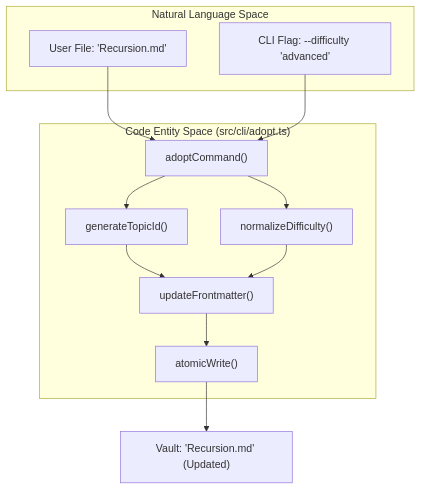
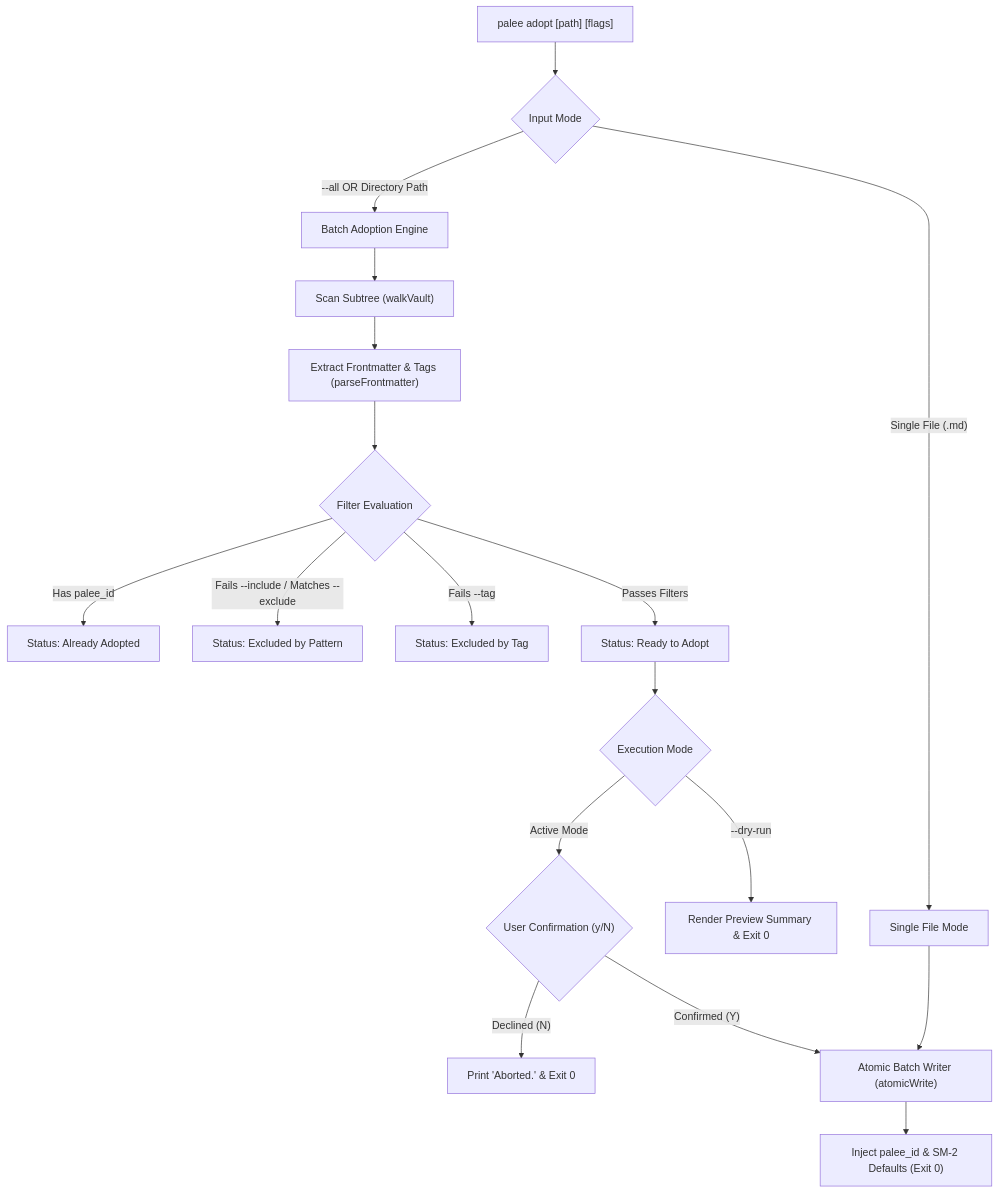
One commit to Kuldeep2822k/cli changed the first of 2 diagrams in docs/02-1-topic-management-commands.md. Above: the diagram before and after it, drawn with Mermaid. The commit also changed other lines of this file and 8 other files, not shown here.

First line of the commit message:
feat(adopt): support batch adoption across directories and whole vault (#50)

````diff
--- a/docs/02-1-topic-management-commands.md
+++ b/docs/02-1-topic-management-commands.md
@@ -35,23 +66,25 @@
 ```mermaid
 flowchart TD
-    H["Vault: 'Recursion.md' (Updated)"]
-    subgraph subGraph1 ["Code Entity Space (src/cli/adopt.ts)"]
-        C["adoptCommand()"]
-        D["generateTopicId()"]
-        E["normalizeDifficulty()"]
-        F["updateFrontmatter()"]
-        G["atomicWrite()"]
-    end
-    subgraph subGraph0 ["Natural Language Space"]
-        A["User File: 'Recursion.md'"]
-        B["CLI Flag: --difficulty 'advanced'"]
-    end
-    A --> C
-    B --> C
-    C --> D
-    C --> E
-    D --> F
-    E --> F
-    F --> G
-    G --> H
+    A["palee adopt [path] [flags]"] --> B{"Input Mode"}
+
+    B -->|"Single File (.md)"| C["Single File Mode"]
+    B -->|"--all OR Directory Path"| D["Batch Adoption Engine"]
+
+    D --> E["Scan Subtree (walkVault)"]
+    E --> F["Extract Frontmatter & Tags (parseFrontmatter)"]
+    
+    F --> G{"Filter Evaluation"}
+    G -->|"Has palee_id"| H["Status: Already Adopted"]
+    G -->|"Fails --include / Matches --exclude"| I["Status: Excluded by Pattern"]
+    G -->|"Fails --tag"| J["Status: Excluded by Tag"]
+    G -->|"Passes Filters"| K["Status: Ready to Adopt"]
+
+    K --> L{"Execution Mode"}
+    L -->|"--dry-run"| M["Render Preview Summary & Exit 0"]
+    L -->|"Active Mode"| N{"User Confirmation (y/N)"}
+    
+    N -->|"Declined (N)"| O["Print 'Aborted.' & Exit 0"]
+    N -->|"Confirmed (Y)"| P["Atomic Batch Writer (atomicWrite)"]
+    P --> Q["Inject palee_id & SM-2 Defaults (Exit 0)"]
+    C --> P
 ```
````
